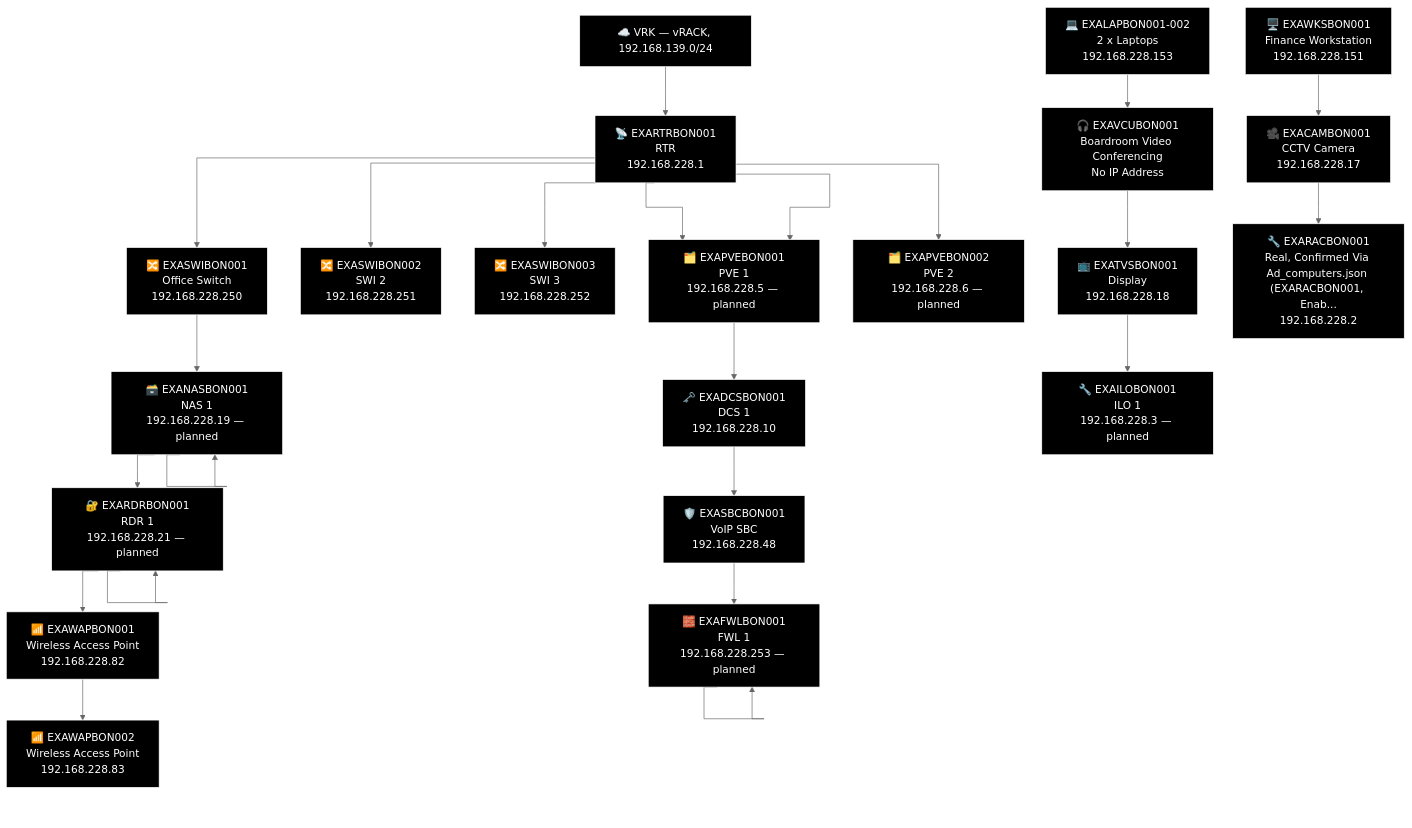
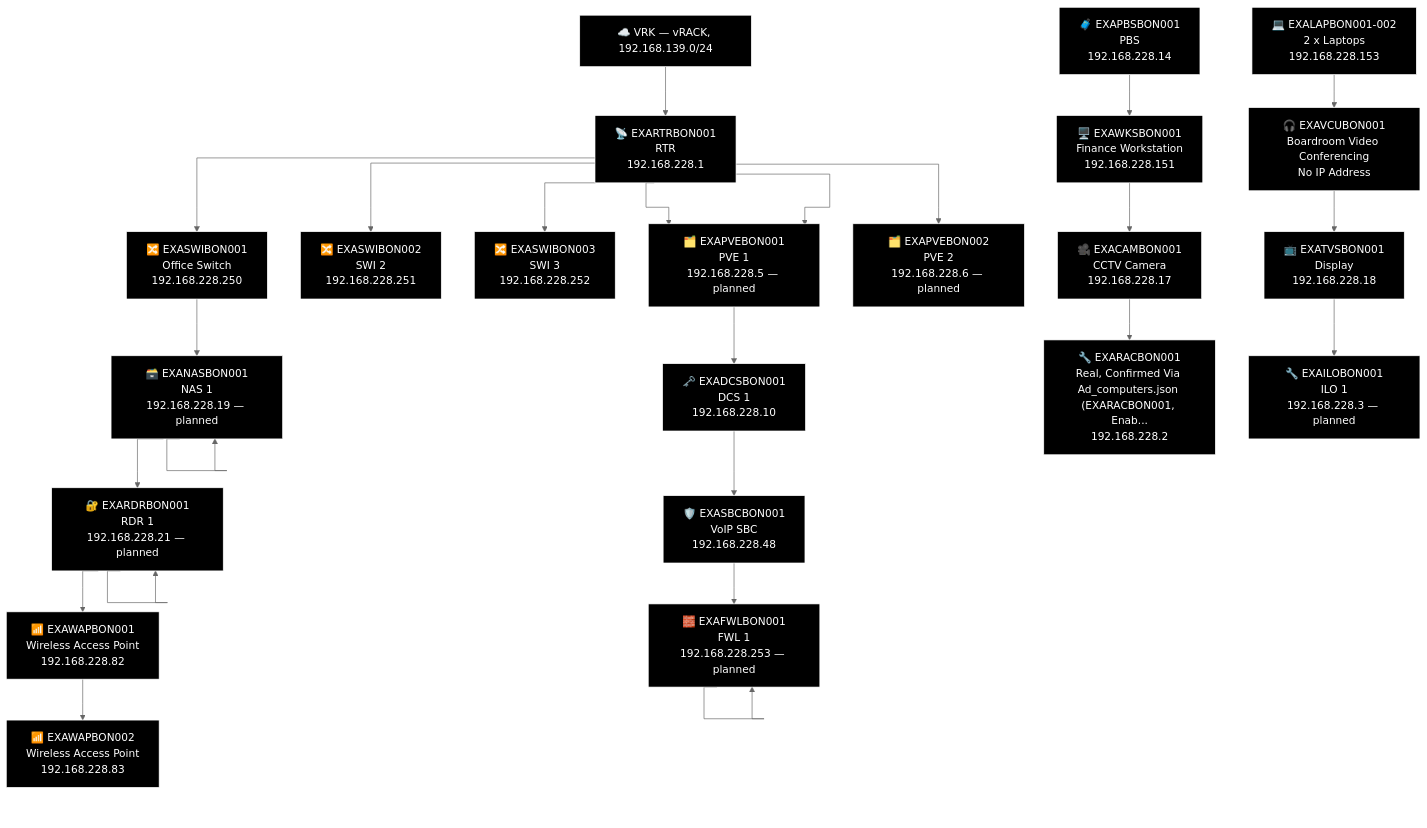
Before and after one commit to knightmare2600/example_music_infra: the third of 13 diagrams in docs/network-diagram/deutschland.md, drawn with Mermaid (neutral theme). The commit also changed other lines of this file and 14 other files, not shown here.

First line of the commit message:
docs/network-diagram: regenerate, every site was missing its PBS node

````diff
--- a/docs/network-diagram/deutschland.md
+++ b/docs/network-diagram/deutschland.md
@@ -103,67 +103,69 @@
 ```mermaid
 %% GENERATED:TOPOLOGY:BON:START
 %%{init: {'flowchart': {'curve': 'stepAfter'}}}%%
 graph TD
     T_VRK["☁️ VRK — vRACK, 192.168.139.0/24"]
     T_RTR["📡 EXARTRBON001<br/>RTR<br/>192.168.228.1"]
     T_VRK --> T_RTR
     T_PVE["🗂️ EXAPVEBON001<br/>PVE 1<br/>192.168.228.5"]
     T_RTR --> T_PVE
     T_SWI["🔀 EXASWIBON002<br/>SWI 2<br/>192.168.228.251"]
     T_RTR --> T_SWI
     T_SWI2["🔀 EXASWIBON003<br/>SWI 3<br/>192.168.228.252"]
     T_RTR --> T_SWI2
     T_SWI3["🔀 EXASWIBON001<br/>Office Switch<br/>192.168.228.250"]
     T_RTR --> T_SWI3
     T_PVE["🗂️ EXAPVEBON001<br/>PVE 1<br/>192.168.228.5 — planned"]
     T_RTR --> T_PVE
     T_PVE2["🗂️ EXAPVEBON002<br/>PVE 2<br/>192.168.228.6 — planned"]
     T_RTR --> T_PVE2
     T_NAS["🗃️ EXANASBON001<br/>NAS<br/>192.168.228.19"]
     T_NAS["🗃️ EXANASBON001<br/>NAS 1<br/>192.168.228.19 — planned"]
     T_RDR["🔐 EXARDRBON001<br/>RDR<br/>192.168.228.21"]
     T_RDR["🔐 EXARDRBON001<br/>RDR 1<br/>192.168.228.21 — planned"]
     T_WAP["📶 EXAWAPBON001<br/>Wireless Access Point<br/>192.168.228.82"]
     T_WAP2["📶 EXAWAPBON002<br/>Wireless Access Point<br/>192.168.228.83"]
     T_SWI3 --> T_NAS --> T_NAS --> T_RDR --> T_RDR --> T_WAP --> T_WAP2
     T_DCS["🗝️ EXADCSBON001<br/>DCS 1<br/>192.168.228.10"]
     T_SBC["🛡️ EXASBCBON001<br/>VoIP SBC<br/>192.168.228.48"]
     T_FWL["🧱 EXAFWLBON001<br/>LAN Face<br/>192.168.228.253"]
     T_FWL["🧱 EXAFWLBON001<br/>FWL 1<br/>192.168.228.253 — planned"]
     T_PVE --> T_DCS --> T_SBC --> T_FWL --> T_FWL
+    T_PBS["🧳 EXAPBSBON001<br/>PBS<br/>192.168.228.14"]
     T_OTH_LAP["💻 EXALAPBON001-002<br/>2 x Laptops<br/>192.168.228.153"]
     T_WKS["🖥️ EXAWKSBON001<br/>Finance Workstation<br/>192.168.228.151"]
     T_VCU["🎧 EXAVCUBON001<br/>Boardroom Video Conferencing<br/>No IP Address"]
     T_CAM["🎥 EXACAMBON001<br/>CCTV Camera<br/>192.168.228.17"]
     T_TVS["📺 EXATVSBON001<br/>Display<br/>192.168.228.18"]
     T_RAC["🔧 EXARACBON001<br/>Real, Confirmed Via Ad_computers.json (EXARACBON001, Enab...<br/>192.168.228.2"]
     T_ILO["🔧 EXAILOBON001<br/>ILO 1<br/>192.168.228.3 — planned"]
+    T_PBS --> T_WKS --> T_CAM --> T_RAC
     T_OTH_LAP --> T_VCU --> T_TVS --> T_ILO
-    T_WKS --> T_CAM --> T_RAC
     style T_VRK fill:#000000,stroke:#FFFFFF,color:#FFFFFF
     style T_RTR fill:#000000,stroke:#FFFFFF,color:#FFFFFF
     style T_PVE fill:#000000,stroke:#FFFFFF,color:#FFFFFF
     style T_SWI fill:#000000,stroke:#FFFFFF,color:#FFFFFF
     style T_SWI2 fill:#000000,stroke:#FFFFFF,color:#FFFFFF
     style T_SWI3 fill:#000000,stroke:#FFFFFF,color:#FFFFFF
     style T_PVE fill:#000000,stroke:#FFFFFF,color:#FFFFFF
     style T_PVE2 fill:#000000,stroke:#FFFFFF,color:#FFFFFF
     style T_NAS fill:#000000,stroke:#FFFFFF,color:#FFFFFF
     style T_NAS fill:#000000,stroke:#FFFFFF,color:#FFFFFF
     style T_RDR fill:#000000,stroke:#FFFFFF,color:#FFFFFF
     style T_RDR fill:#000000,stroke:#FFFFFF,color:#FFFFFF
     style T_WAP fill:#000000,stroke:#FFFFFF,color:#FFFFFF
     style T_WAP2 fill:#000000,stroke:#FFFFFF,color:#FFFFFF
     style T_DCS fill:#000000,stroke:#FFFFFF,color:#FFFFFF
     style T_SBC fill:#000000,stroke:#FFFFFF,color:#FFFFFF
     style T_FWL fill:#000000,stroke:#FFFFFF,color:#FFFFFF
     style T_FWL fill:#000000,stroke:#FFFFFF,color:#FFFFFF
+    style T_PBS fill:#000000,stroke:#FFFFFF,color:#FFFFFF
     style T_OTH_LAP fill:#000000,stroke:#FFFFFF,color:#FFFFFF
     style T_WKS fill:#000000,stroke:#FFFFFF,color:#FFFFFF
     style T_VCU fill:#000000,stroke:#FFFFFF,color:#FFFFFF
     style T_CAM fill:#000000,stroke:#FFFFFF,color:#FFFFFF
     style T_TVS fill:#000000,stroke:#FFFFFF,color:#FFFFFF
     style T_RAC fill:#000000,stroke:#FFFFFF,color:#FFFFFF
     style T_ILO fill:#000000,stroke:#FFFFFF,color:#FFFFFF
 %% GENERATED:TOPOLOGY:BON:END
 ```
````
